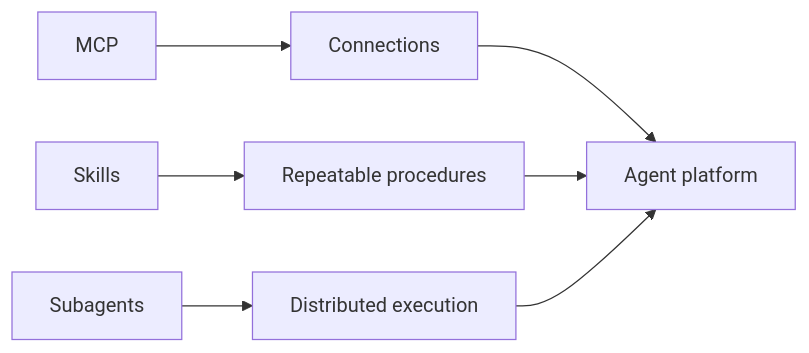
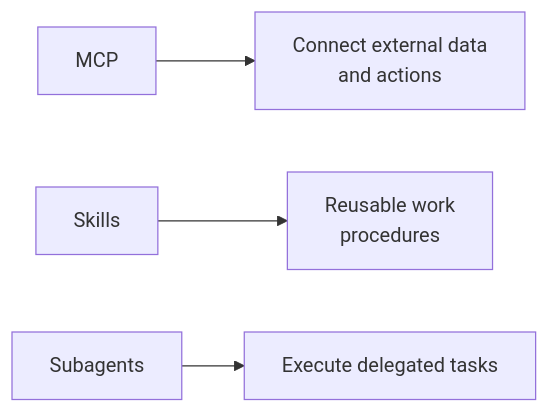
One commit to daylight55/research changed diagram 11 of 13 in articles/report/ai-llm-ontology-memory/en/index.mdx. Above: the diagram before and after it, drawn with Mermaid. The commit also changed other lines of this file and 181 other files, not shown here.

First line of the commit message:
全記事の図解368点を再生成し、共通注意書きを削除 (#402)

````diff
--- a/articles/report/ai-llm-ontology-memory/en/index.mdx
+++ b/articles/report/ai-llm-ontology-memory/en/index.mdx
@@ -331,9 +396,14 @@
 ```mermaid
 flowchart LR
-  MCP["MCP"] --> Conn["Connections"]
-  Skills["Skills"] --> Work["Repeatable procedures"]
-  Sub["Subagents"] --> Team["Distributed execution"]
-  Conn --> Platform["Agent platform"]
-  Work --> Platform
-  Team --> Platform
+  accTitle: Separate the roles of MCP, skills and subagents
+  accDescr: MCP provides connections, skills reusable procedures, and subagents task division. None replaces approval or evaluation.
+  N0["MCP"]
+  N1["Connect external data<br/>and actions"]
+  N2["Skills"]
+  N3["Reusable work<br/>procedures"]
+  N4["Subagents"]
+  N5["Execute delegated tasks"]
+  N0 --> N1
+  N2 --> N3
+  N4 --> N5
 ```
````
